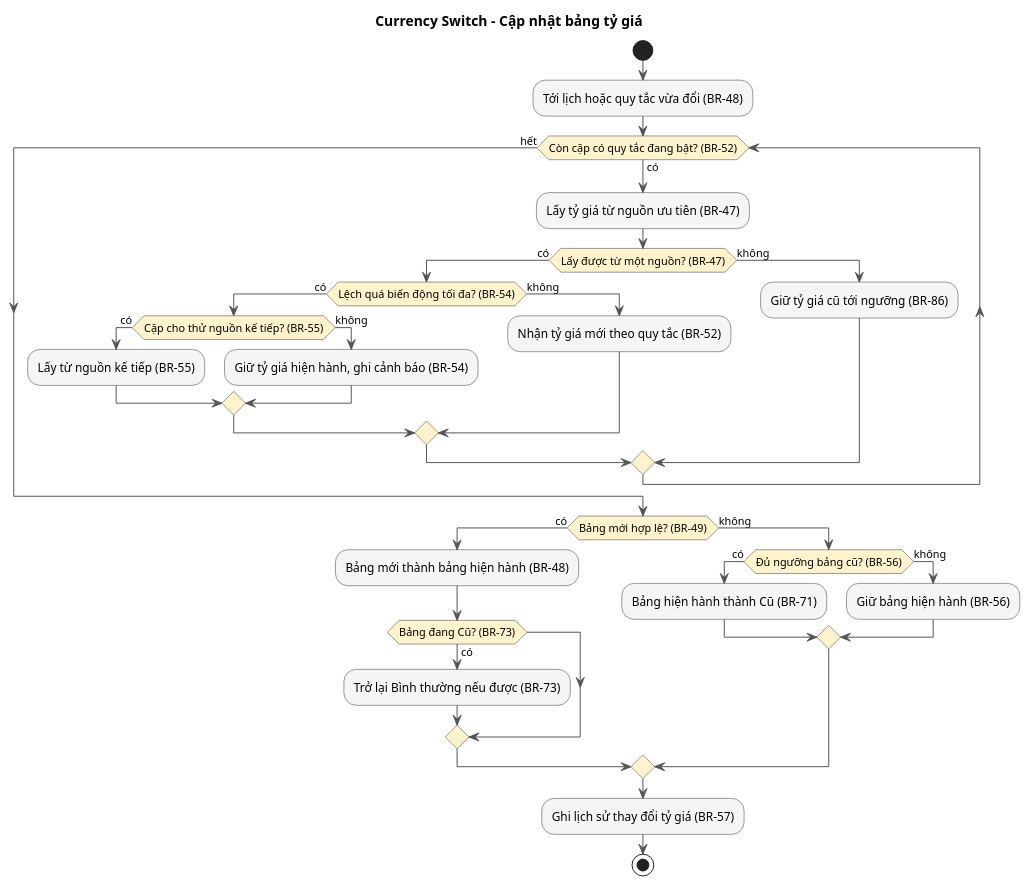
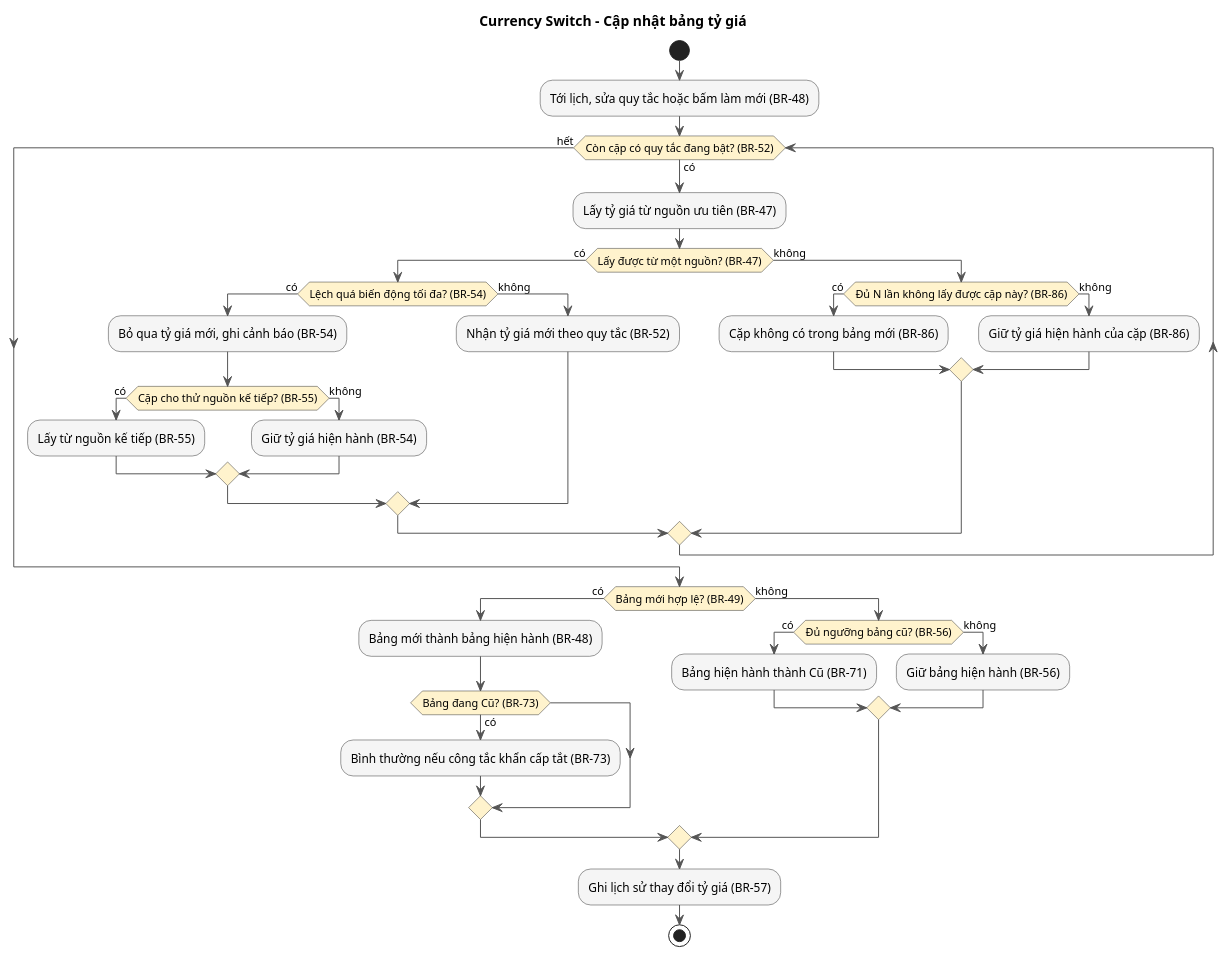
Before and after one commit to Tuon-Tun/PRD_Vexere: the third of 3 diagrams in domain-knowledge/currency-switch/PRDs/currency-switch_PRD.md, drawn with PlantUML. The commit also changed other lines of this file, not shown here.

````diff
--- a/domain-knowledge/currency-switch/PRDs/currency-switch_PRD.md
+++ b/domain-knowledge/currency-switch/PRDs/currency-switch_PRD.md
@@ -494,43 +461,48 @@
 ```plantuml
 @startuml
 skinparam ActivityBackgroundColor #f5f5f5
 skinparam ActivityBorderColor #333333
 skinparam ArrowColor #555555
 skinparam ActivityDiamondBackgroundColor #fff3cd
 
 title Currency Switch - Cập nhật bảng tỷ giá
 
 start
-:Tới lịch hoặc quy tắc vừa đổi (BR-48);
+:Tới lịch, sửa quy tắc hoặc bấm làm mới (BR-48);
 while (Còn cặp có quy tắc đang bật? (BR-52)) is (có)
   :Lấy tỷ giá từ nguồn ưu tiên (BR-47);
   if (Lấy được từ một nguồn? (BR-47)) then (có)
     if (Lệch quá biến động tối đa? (BR-54)) then (có)
+      :Bỏ qua tỷ giá mới, ghi cảnh báo (BR-54);
       if (Cặp cho thử nguồn kế tiếp? (BR-55)) then (có)
         :Lấy từ nguồn kế tiếp (BR-55);
       else (không)
-        :Giữ tỷ giá hiện hành, ghi cảnh báo (BR-54);
+        :Giữ tỷ giá hiện hành (BR-54);
       endif
     else (không)
       :Nhận tỷ giá mới theo quy tắc (BR-52);
     endif
   else (không)
-    :Giữ tỷ giá cũ tới ngưỡng (BR-86);
+    if (Đủ N lần không lấy được cặp này? (BR-86)) then (có)
+      :Cặp không có trong bảng mới (BR-86);
+    else (không)
+      :Giữ tỷ giá hiện hành của cặp (BR-86);
+    endif
   endif
 endwhile (hết)
 if (Bảng mới hợp lệ? (BR-49)) then (có)
   :Bảng mới thành bảng hiện hành (BR-48);
   if (Bảng đang Cũ? (BR-73)) then (có)
-    :Trở lại Bình thường nếu được (BR-73);
+    :Bình thường nếu công tắc khẩn cấp tắt (BR-73);
   endif
 else (không)
   if (Đủ ngưỡng bảng cũ? (BR-56)) then (có)
     :Bảng hiện hành thành Cũ (BR-71);
   else (không)
     :Giữ bảng hiện hành (BR-56);
   endif
 endif
 :Ghi lịch sử thay đổi tỷ giá (BR-57);
 stop
 @enduml
 ```
````
